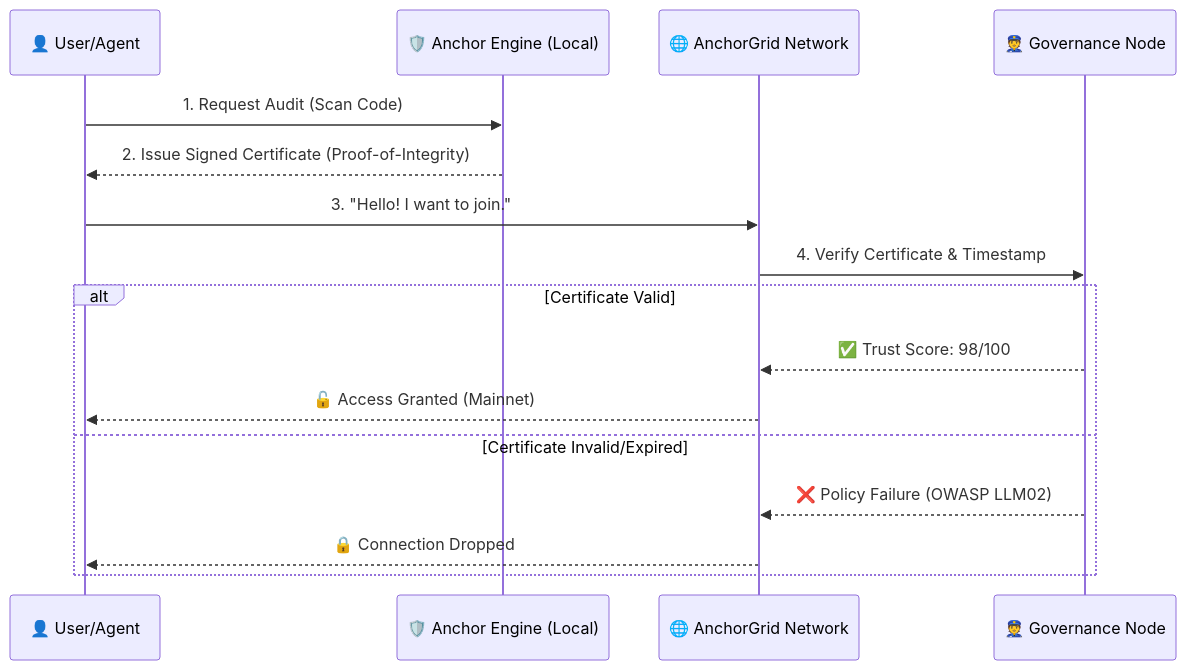
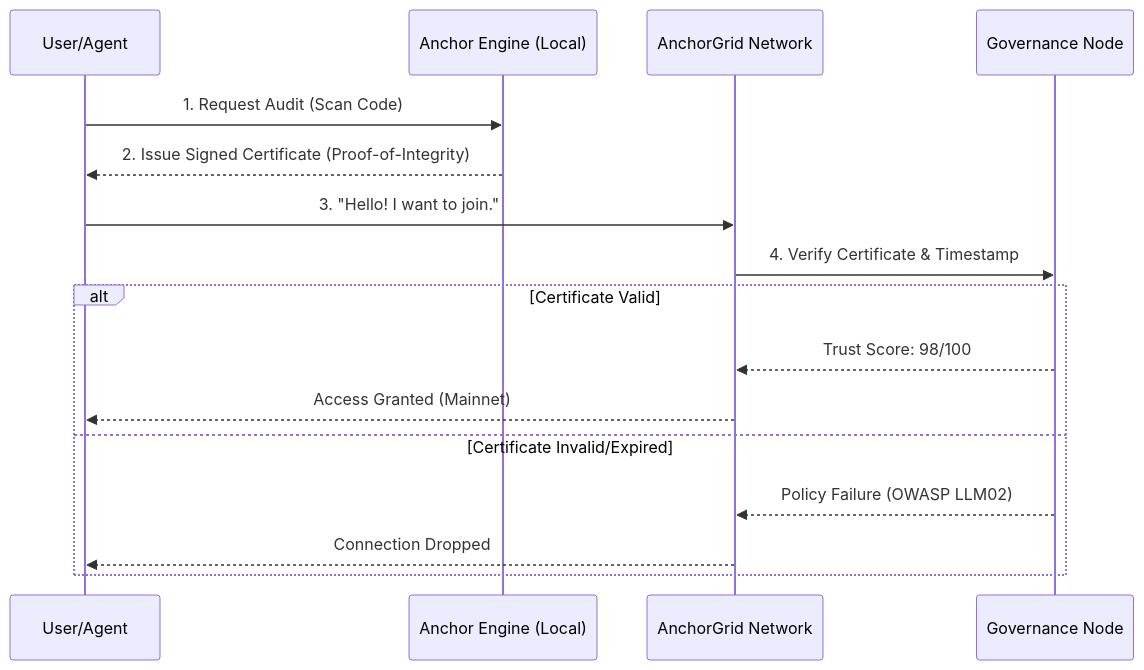
Before and after one commit to quantforge-ai/AnchorGrid-hub: the diagram in README.md, drawn with Mermaid. The commit also changed other lines of this file, not shown here.

````diff
--- a/README.md
+++ b/README.md
@@ -88,21 +88,21 @@
 ```mermaid
 sequenceDiagram
-    participant User as 👤 User/Agent
-    participant Engine as 🛡️ Anchor Engine (Local)
-    participant Network as 🌐 AnchorGrid Network
-    participant Bouncer as 👮 Governance Node
+    participant User as User/Agent
+    participant Engine as Anchor Engine (Local)
+    participant Network as AnchorGrid Network
+    participant Bouncer as Governance Node
 
     User->>Engine: 1. Request Audit (Scan Code)
     Engine-->>User: 2. Issue Signed Certificate (Proof-of-Integrity)
     
     User->>Network: 3. "Hello! I want to join."
     Network->>Bouncer: 4. Verify Certificate & Timestamp
     
     alt Certificate Valid
-        Bouncer-->>Network: ✅ Trust Score: 98/100
-        Network-->>User: 🔓 Access Granted (Mainnet)
+        Bouncer-->>Network: Trust Score: 98/100
+        Network-->>User: Access Granted (Mainnet)
     else Certificate Invalid/Expired
-        Bouncer-->>Network: ❌ Policy Failure (OWASP LLM02)
-        Network-->>User: 🔒 Connection Dropped
+        Bouncer-->>Network: Policy Failure (OWASP LLM02)
+        Network-->>User: Connection Dropped
     end
 ```
````
